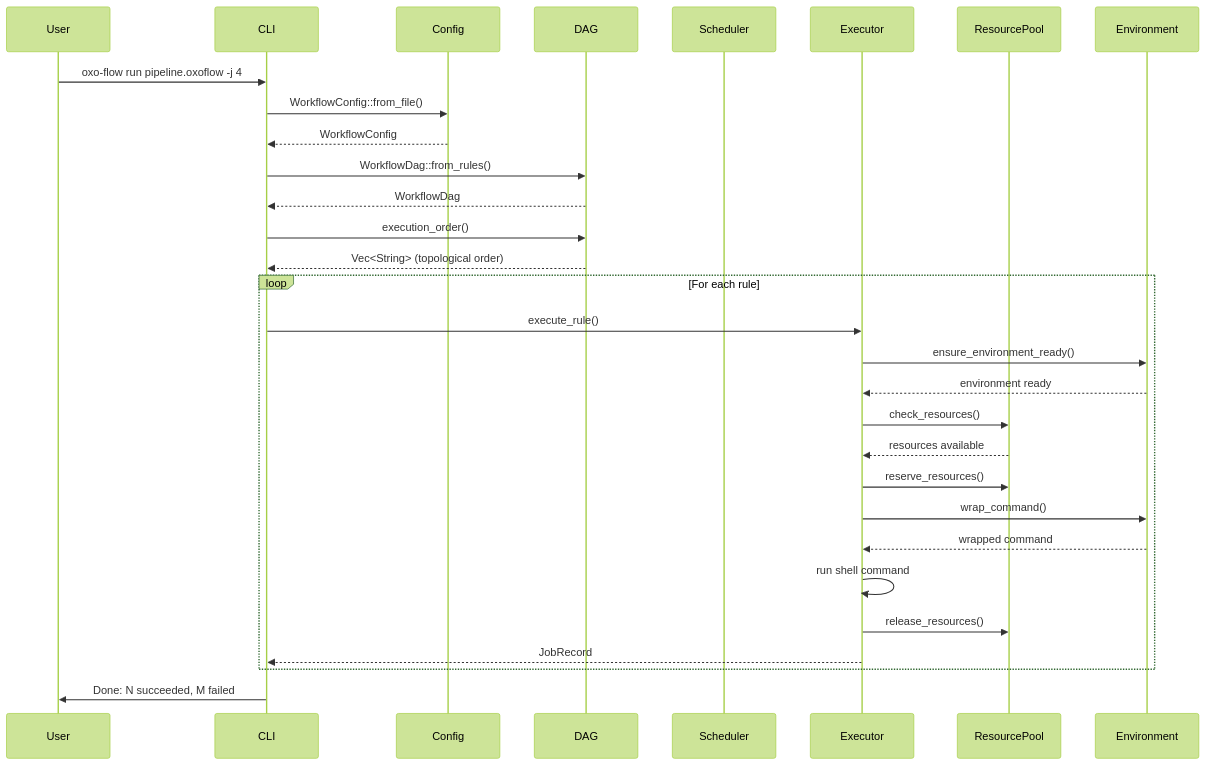
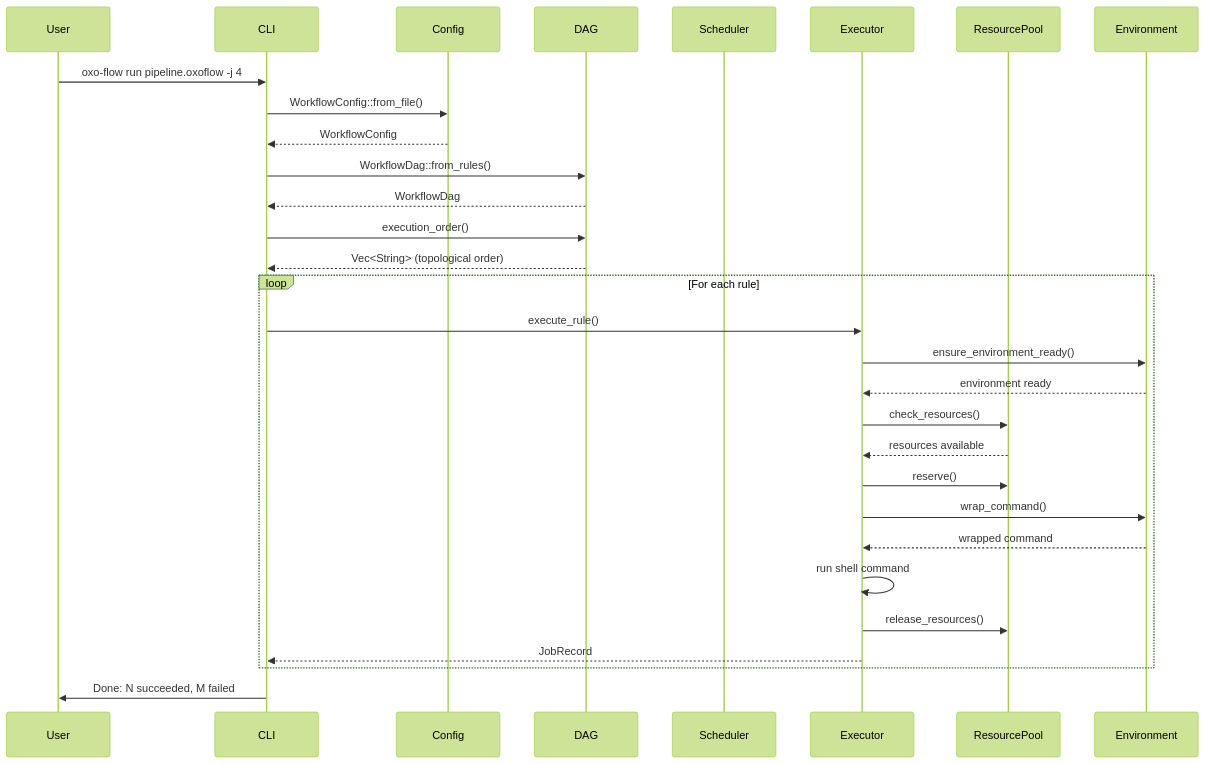
One commit to Traitome/oxo-flow changed the second of 2 diagrams in docs/guide/src/reference/architecture.md. Above: the diagram before and after it, drawn with Mermaid (forest theme). The commit also changed other lines of this file and 66 other files, not shown here.

````diff
--- a/docs/guide/src/reference/architecture.md
+++ b/docs/guide/src/reference/architecture.md
@@ -65,33 +66,33 @@
 ```mermaid
 sequenceDiagram
     participant User
     participant CLI
     participant Config
     participant DAG
     participant Scheduler
     participant Executor
     participant ResourcePool
     participant Environment
 
     User->>CLI: oxo-flow run pipeline.oxoflow -j 4
     CLI->>Config: WorkflowConfig::from_file()
     Config-->>CLI: WorkflowConfig
     CLI->>DAG: WorkflowDag::from_rules()
     DAG-->>CLI: WorkflowDag
     CLI->>DAG: execution_order()
     DAG-->>CLI: Vec<String> (topological order)
     loop For each rule
         CLI->>Executor: execute_rule()
         Executor->>Environment: ensure_environment_ready()
         Environment-->>Executor: environment ready
         Executor->>ResourcePool: check_resources()
         ResourcePool-->>Executor: resources available
-        Executor->>ResourcePool: reserve_resources()
+        Executor->>ResourcePool: reserve()
         Executor->>Environment: wrap_command()
         Environment-->>Executor: wrapped command
         Executor->>Executor: run shell command
         Executor->>ResourcePool: release_resources()
         Executor-->>CLI: JobRecord
     end
     CLI->>User: Done: N succeeded, M failed
 ```
````
